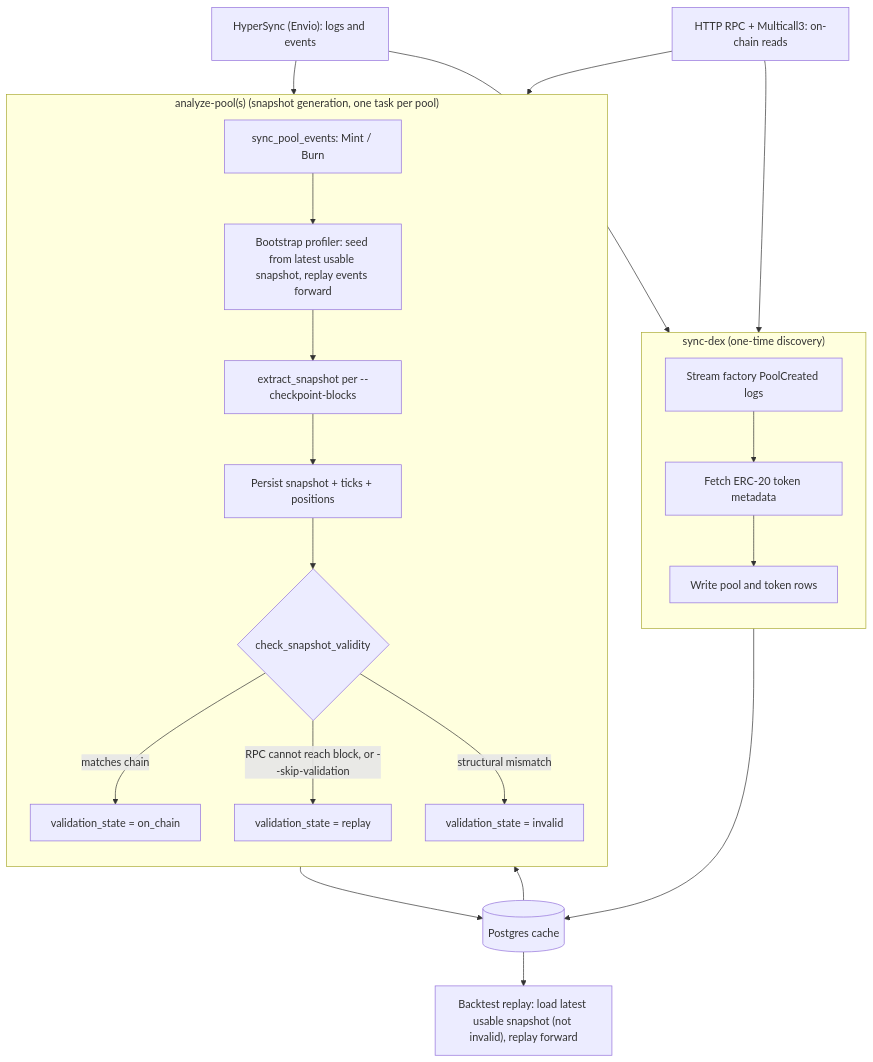
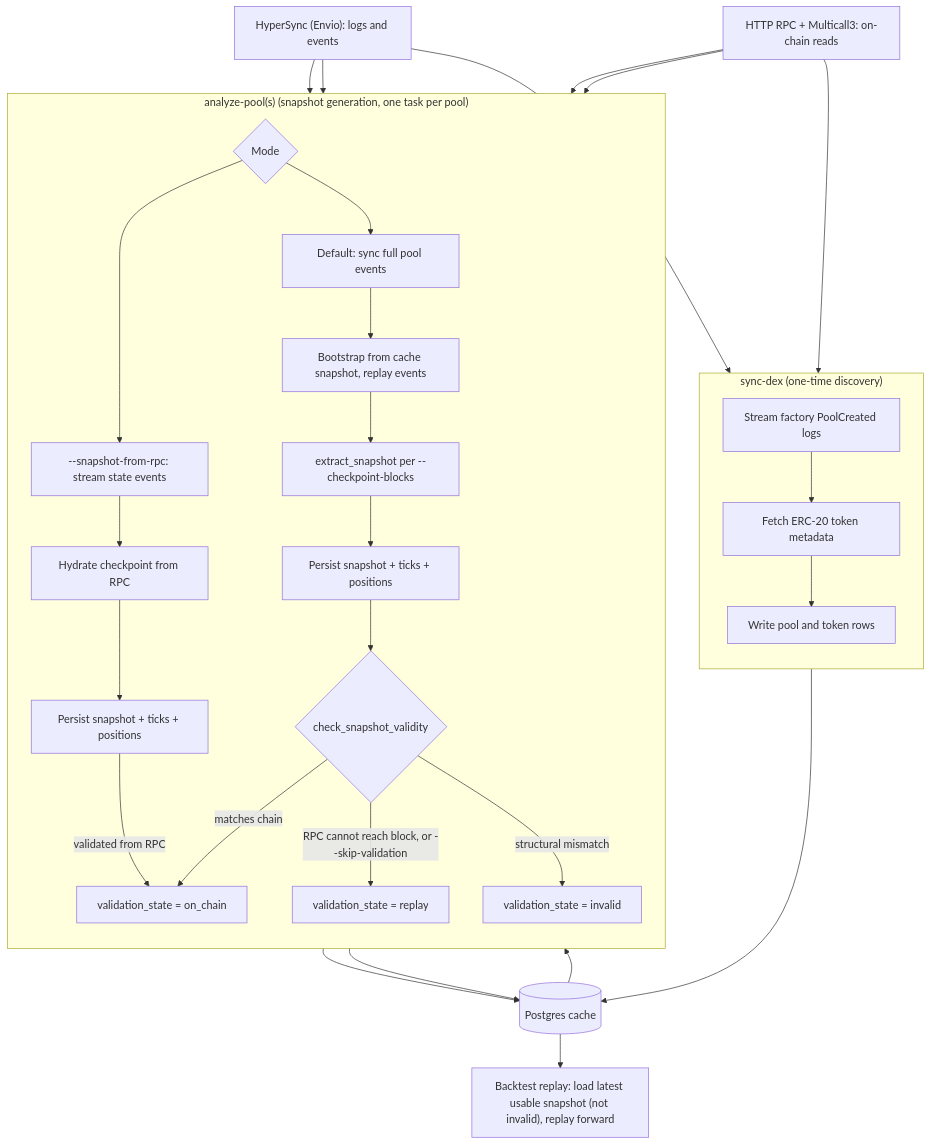
Before and after one commit to jishengyang-cal/NautilusTrader: the diagram in docs/integrations/blockchain.md, drawn with Mermaid. The commit also changed other lines of this file and 5 other files, not shown here.

First line of the commit message:
Add Blockchain RPC snapshot analysis mode

````diff
--- a/docs/integrations/blockchain.md
+++ b/docs/integrations/blockchain.md
@@ -163,38 +171,47 @@
 ```mermaid
 flowchart TD
     HS["HyperSync (Envio): logs and events"]
     RPC["HTTP RPC + Multicall3: on-chain reads"]
     PG[("Postgres cache")]
 
     subgraph discovery["sync-dex (one-time discovery)"]
         direction TB
         D1["Stream factory PoolCreated logs"]
         D2["Fetch ERC-20 token metadata"]
         D3["Write pool and token rows"]
         D1 --> D2 --> D3
     end
 
     subgraph analyze["analyze-pool(s) (snapshot generation, one task per pool)"]
         direction TB
-        A1["sync_pool_events: Mint / Burn"]
-        A2["Bootstrap profiler: seed from latest usable snapshot, replay events forward"]
-        A3["extract_snapshot per --checkpoint-blocks"]
-        A4["Persist snapshot + ticks + positions"]
-        A5{"check_snapshot_validity"}
-        A1 --> A2 --> A3 --> A4 --> A5
-        A5 -->|"matches chain"| V1["validation_state = on_chain"]
-        A5 -->|"RPC cannot reach block, or --skip-validation"| V2["validation_state = replay"]
-        A5 -->|"structural mismatch"| V3["validation_state = invalid"]
+        AP0{"Mode"}
+        AP1["Default: sync full pool events"]
+        AP2["Bootstrap from cache snapshot, replay events"]
+        AP3["extract_snapshot per --checkpoint-blocks"]
+        AP4["Persist snapshot + ticks + positions"]
+        AP5{"check_snapshot_validity"}
+        RP1["--snapshot-from-rpc: stream state events"]
+        RP2["Hydrate checkpoint from RPC"]
+        RP3["Persist snapshot + ticks + positions"]
+        AP0 --> AP1 --> AP2 --> AP3 --> AP4 --> AP5
+        AP0 --> RP1 --> RP2 --> RP3
+        AP5 -->|"matches chain"| V1["validation_state = on_chain"]
+        AP5 -->|"RPC cannot reach block, or --skip-validation"| V2["validation_state = replay"]
+        AP5 -->|"structural mismatch"| V3["validation_state = invalid"]
+        RP3 -->|"validated from RPC"| V1
     end
 
     R["Backtest replay: load latest usable snapshot (not invalid), replay forward"]
 
     HS --> D1
     RPC --> D2
     D3 --> PG
-    HS --> A1
-    PG --> A2
-    A4 --> PG
-    RPC --> A5
+    HS --> AP1
+    HS --> RP1
+    PG --> AP2
+    AP4 --> PG
+    RP3 --> PG
+    RPC --> AP5
+    RPC --> RP2
     PG --> R
 ```
````
